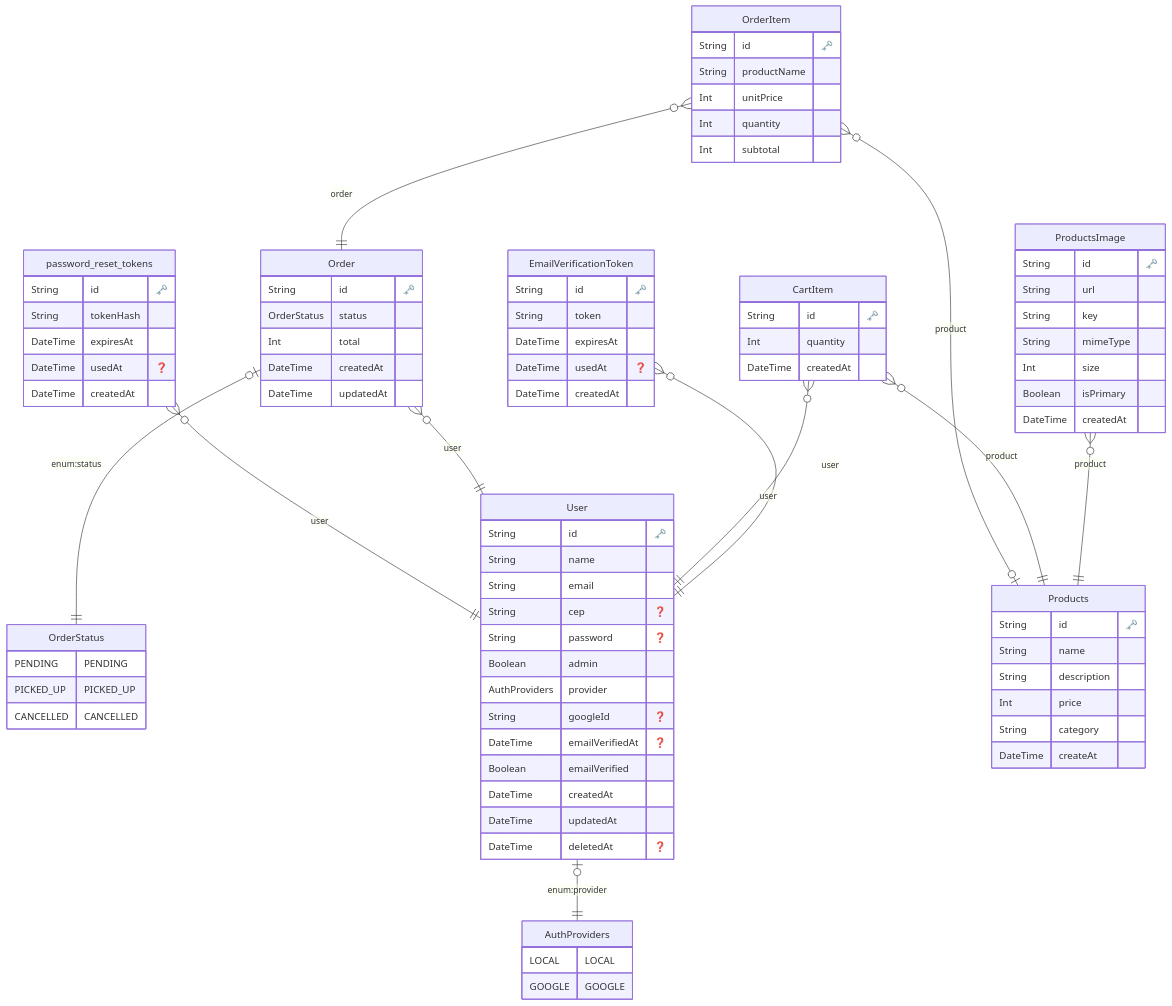
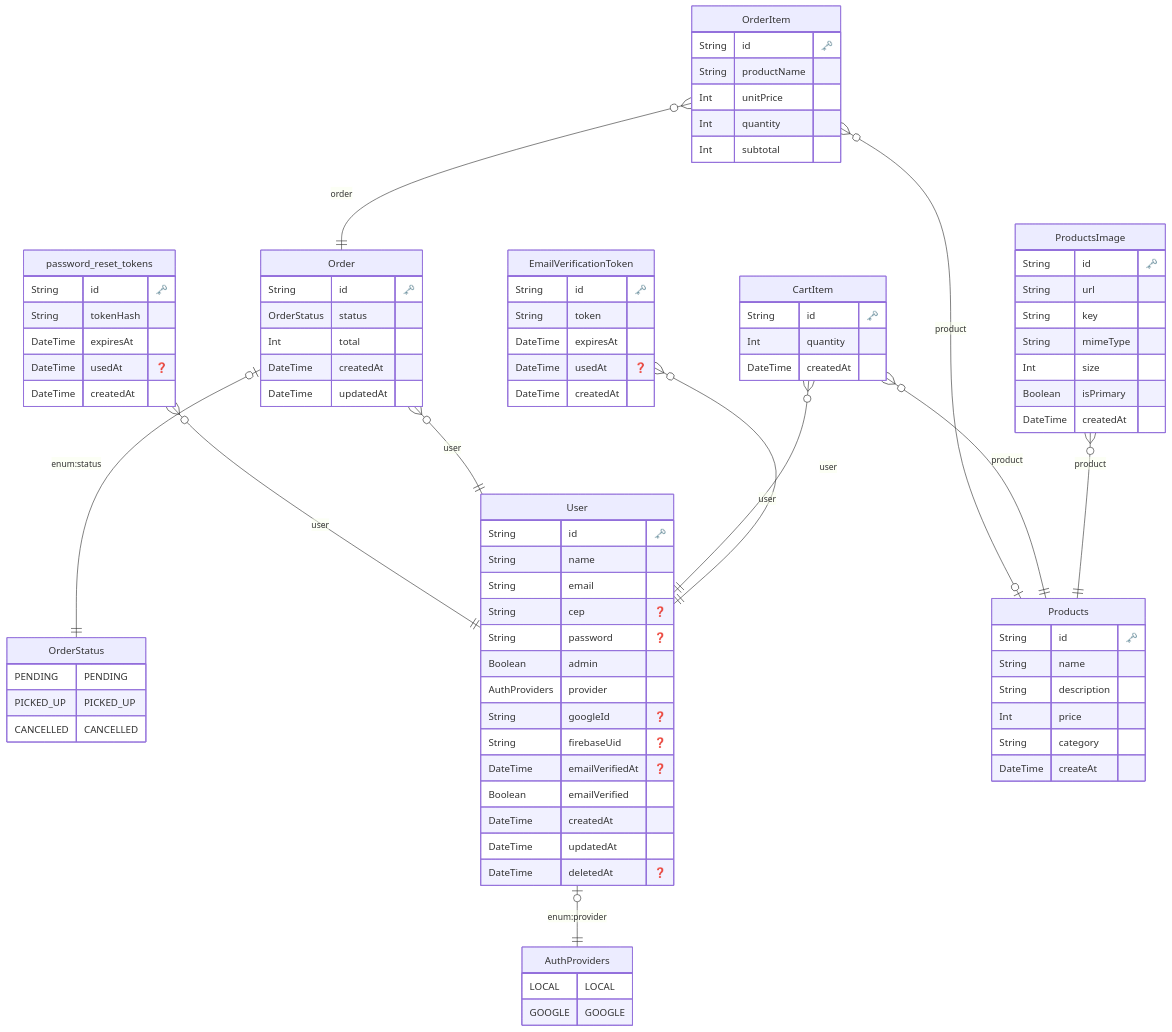
Before and after one commit to DevWesleyMedeiros/casa-do-hamburger: the diagram in back-end/docs/architecture/ERD.md, drawn with Mermaid. The commit also changed 2 other files, not shown here.

Commit message:
feat(update): add attribute firebaseUid to the User Model

```diff
--- a/back-end/docs/architecture/ERD.md
+++ b/back-end/docs/architecture/ERD.md
@@ -23,6 +23,7 @@
     Boolean admin 
     AuthProviders provider 
     String googleId "❓"
+    String firebaseUid "❓"
     DateTime emailVerifiedAt "❓"
     Boolean emailVerified 
     DateTime createdAt 
```
